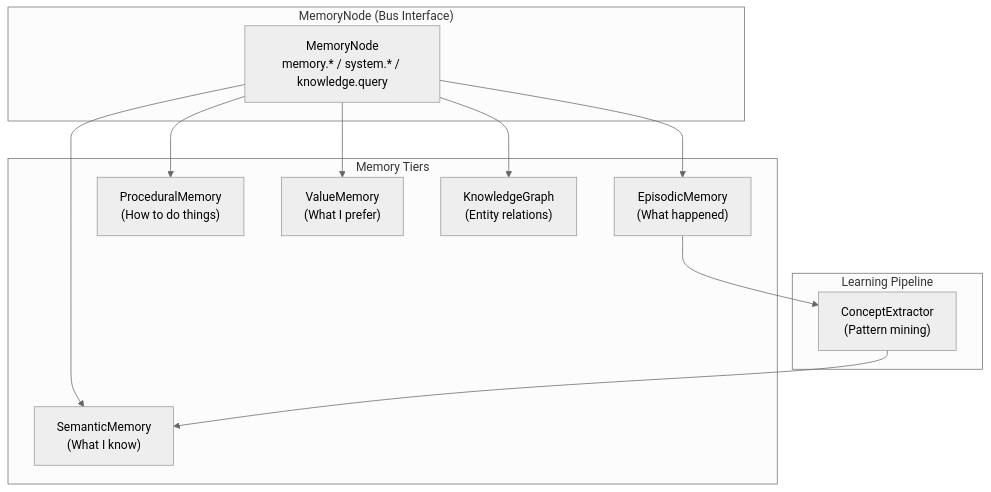
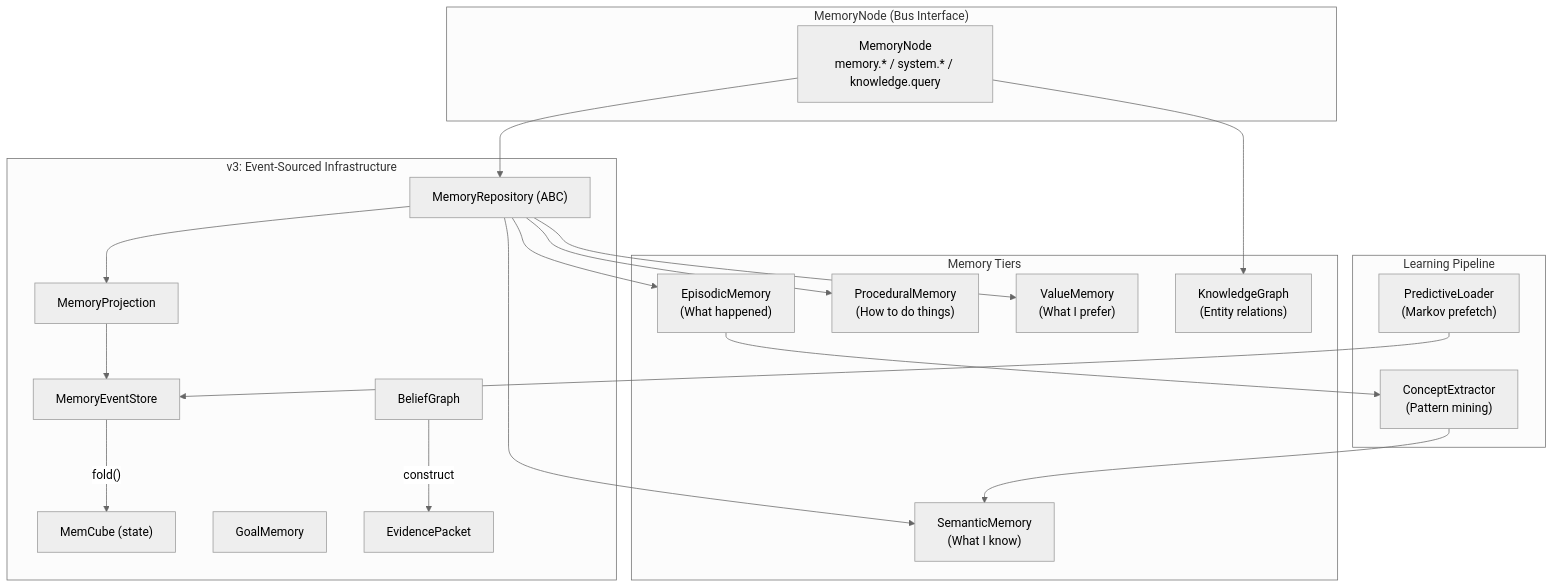
One commit to HBLLM/hbllm-core changed the first of 2 diagrams in docs/api/memory.md. Above: the diagram before and after it, drawn with Mermaid (neutral theme). The commit also changed 4 other files, not shown here.

First line of the commit message:
docs: update architecture, API reference, and changelog for v3 SNN milestones

````diff
--- a/docs/api/memory.md
+++ b/docs/api/memory.md
@@ -11,23 +11,39 @@
 ```mermaid
 graph TB
     subgraph "MemoryNode (Bus Interface)"
         MN["MemoryNode<br/>memory.* / system.* / knowledge.query"]
     end
     subgraph "Memory Tiers"
         EM["EpisodicMemory<br/>(What happened)"]
         SM["SemanticMemory<br/>(What I know)"]
         PM["ProceduralMemory<br/>(How to do things)"]
         VM["ValueMemory<br/>(What I prefer)"]
         KG["KnowledgeGraph<br/>(Entity relations)"]
     end
+    subgraph "v3: Event-Sourced Infrastructure"
+        REPO["MemoryRepository (ABC)"]
+        PROJ["MemoryProjection"]
+        MES["MemoryEventStore"]
+        MC["MemCube (state)"]
+        BG["BeliefGraph"]
+        GM["GoalMemory"]
+        EP["EvidencePacket"]
+    end
     subgraph "Learning Pipeline"
         CE["ConceptExtractor<br/>(Pattern mining)"]
+        PL["PredictiveLoader<br/>(Markov prefetch)"]
     end
-    MN --> EM
-    MN --> SM
-    MN --> PM
-    MN --> VM
+    MN --> REPO
+    REPO --> EM
+    REPO --> SM
+    REPO --> PM
+    REPO --> VM
+    REPO --> PROJ
+    PROJ --> MES
+    MES --> |"fold()"| MC
+    BG --> |"construct"| EP
     MN --> KG
     EM --> CE
     CE --> SM
+    PL --> MES
 ```
````
